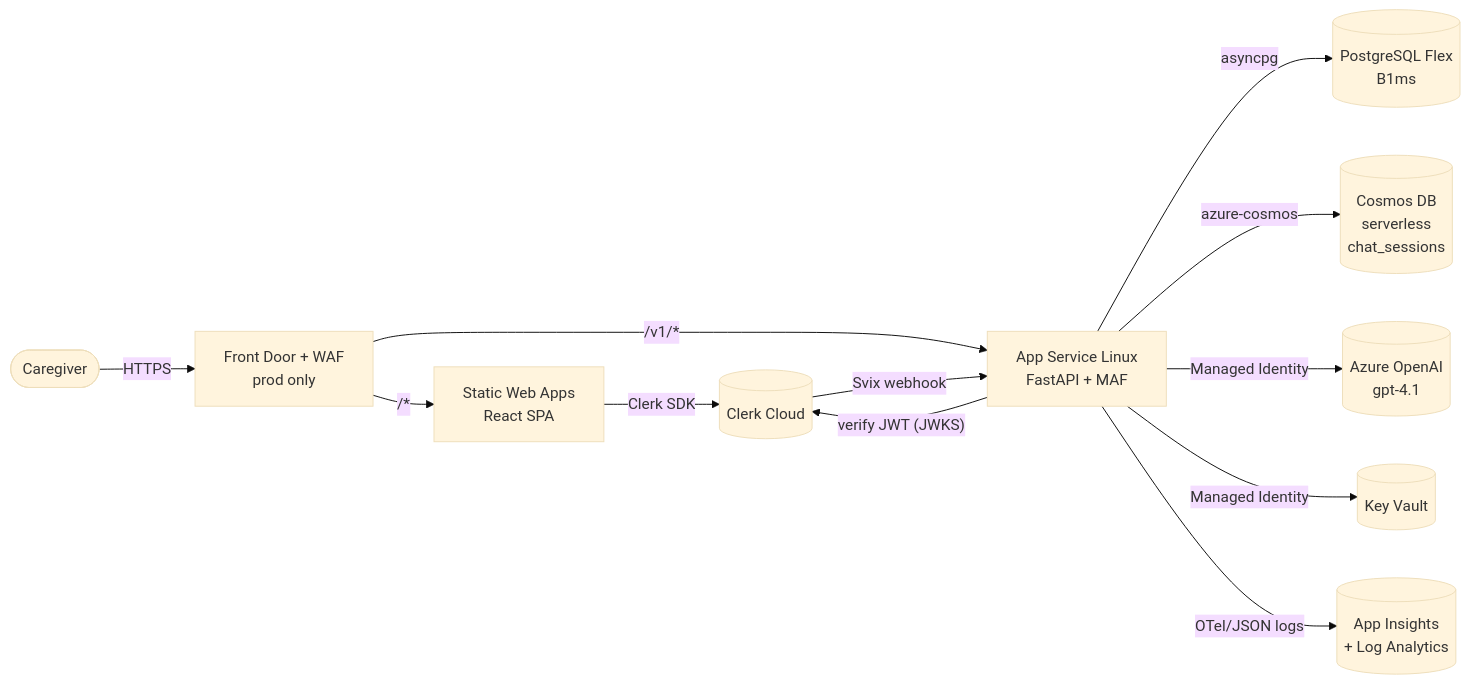
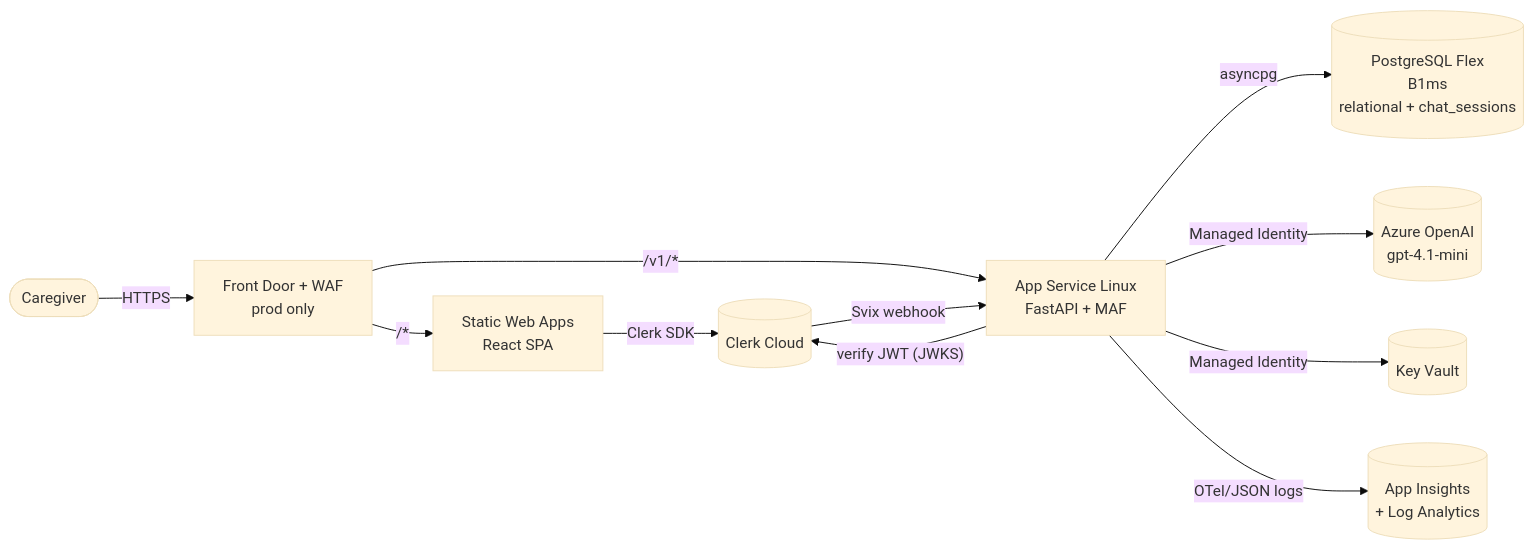
Before and after one commit to aryajh-a/MomDiary: the diagram in Deployment.md, drawn with Mermaid (base theme). The commit also changed other lines of this file, not shown here.

Commit message:
store session in postgre

````diff
--- a/Deployment.md
+++ b/Deployment.md
@@ -35,25 +43,23 @@
 ```mermaid
 flowchart LR
   user([Caregiver])
   clerk[(Clerk Cloud)]
   fd[Front Door + WAF<br/>prod only]
   swa[Static Web Apps<br/>React SPA]
   app[App Service Linux<br/>FastAPI + MAF]
-  pg[(PostgreSQL Flex<br/>B1ms)]
-  cos[(Cosmos DB<br/>serverless<br/>chat_sessions)]
-  aoai[(Azure OpenAI<br/>gpt-4.1)]
+  pg[(PostgreSQL Flex<br/>B1ms<br/>relational + chat_sessions)]
+  aoai[(Azure OpenAI<br/>gpt-4.1-mini)]
   kv[(Key Vault)]
   ai[(App Insights<br/>+ Log Analytics)]
 
   user -- HTTPS --> fd
   fd -- /* --> swa
   fd -- /v1/* --> app
   swa -- Clerk SDK --> clerk
   app -- verify JWT (JWKS) --> clerk
   clerk -- Svix webhook --> app
   app -- asyncpg --> pg
-  app -- azure-cosmos --> cos
   app -- Managed Identity --> aoai
   app -- Managed Identity --> kv
   app -- OTel/JSON logs --> ai
 ```
````
